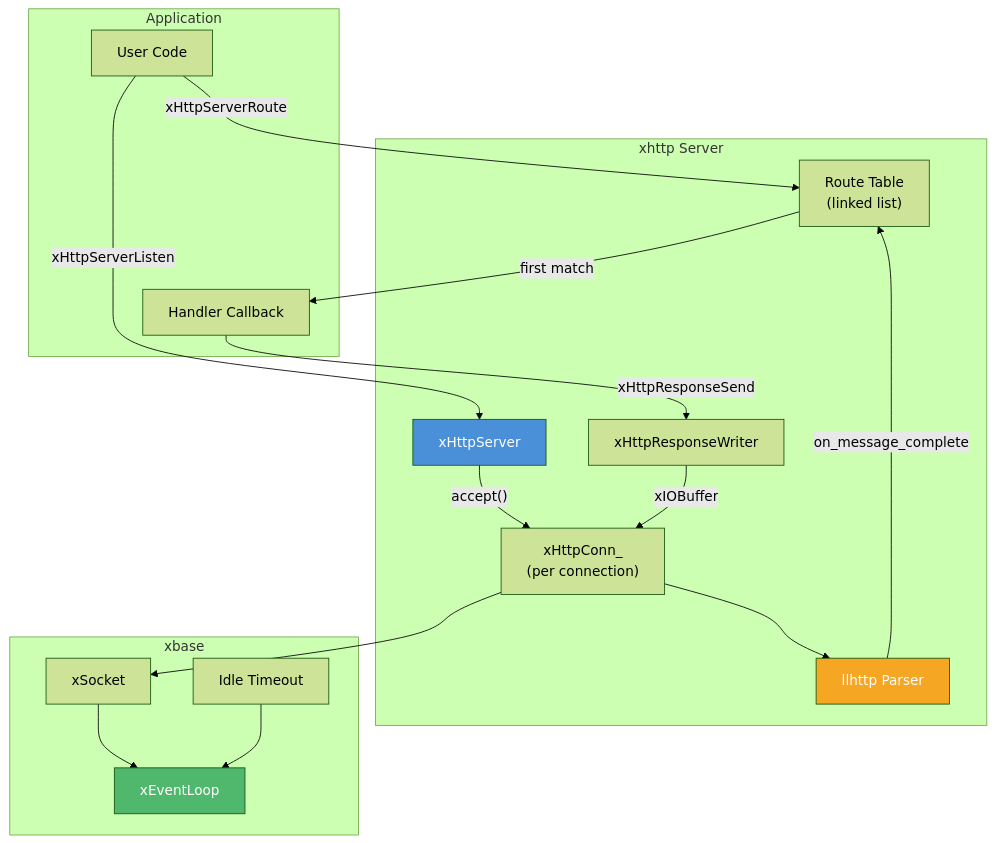
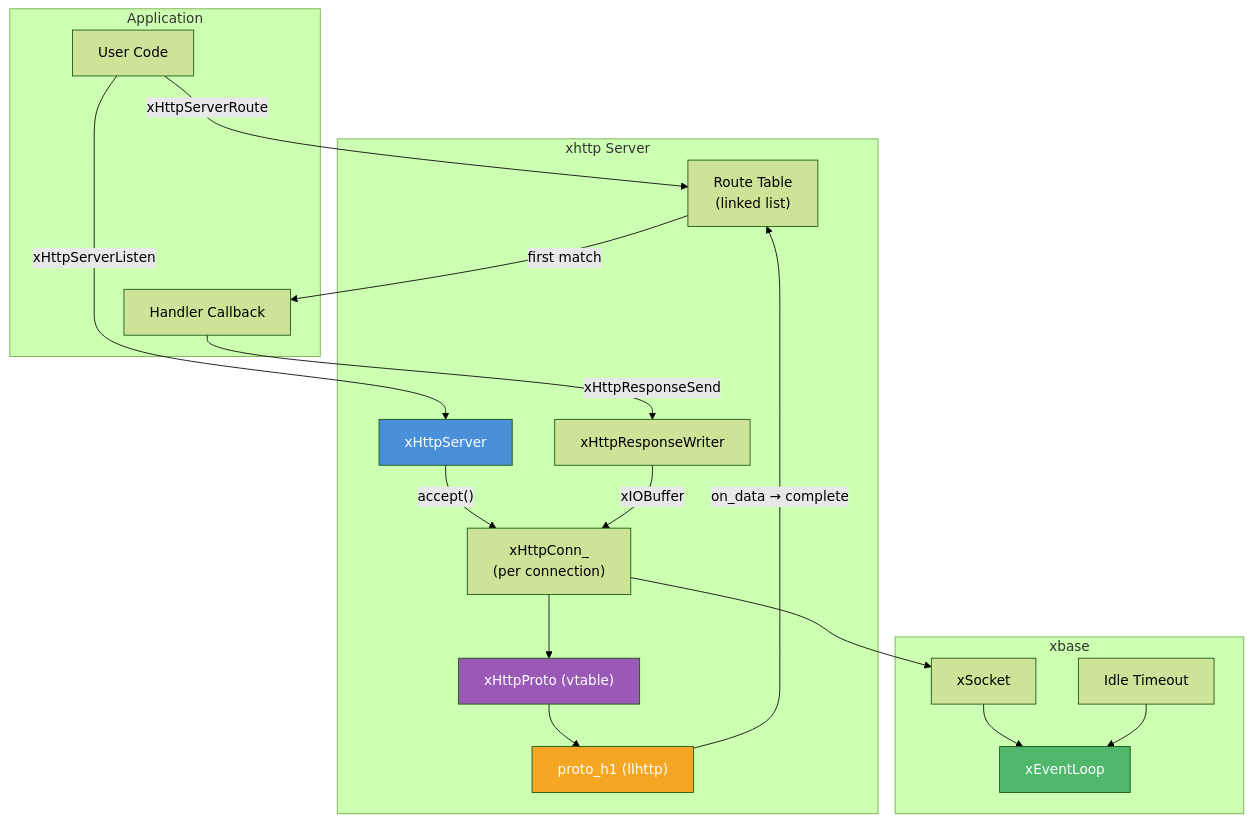
Before and after one commit to mivinci/DownloadKit: the first of 3 diagrams in docs/xhttp/server.md, drawn with Mermaid (forest theme). The commit also changed other lines of this file and 9 other files, not shown here.

First line of the commit message:
feat(xhttp): extract protocol abstraction layer (xHttpProto vtable)

````diff
--- a/docs/xhttp/server.md
+++ b/docs/xhttp/server.md
@@ -24,37 +24,40 @@
 ```mermaid
 graph TD
     subgraph "Application"
         APP["User Code"]
         HANDLER["Handler Callback"]
     end
 
     subgraph "xhttp Server"
         SERVER["xHttpServer"]
         ROUTER["Route Table<br/>(linked list)"]
         CONN["xHttpConn_<br/>(per connection)"]
-        PARSER["llhttp Parser"]
+        PROTO["xHttpProto (vtable)"]
+        PARSER["proto_h1 (llhttp)"]
         WRITER["xHttpResponseWriter"]
     end
 
     subgraph "xbase"
         LOOP["xEventLoop"]
         SOCK["xSocket"]
         TIMER["Idle Timeout"]
     end
 
     APP -->|"xHttpServerRoute"| ROUTER
     APP -->|"xHttpServerListen"| SERVER
     SERVER -->|"accept()"| CONN
-    CONN --> PARSER
-    PARSER -->|"on_message_complete"| ROUTER
+    CONN --> PROTO
+    PROTO --> PARSER
+    PARSER -->|"on_data → complete"| ROUTER
     ROUTER -->|"first match"| HANDLER
     HANDLER -->|"xHttpResponseSend"| WRITER
     WRITER -->|"xIOBuffer"| CONN
     CONN --> SOCK
     SOCK --> LOOP
     TIMER --> LOOP
 
     style SERVER fill:#4a90d9,color:#fff
     style LOOP fill:#50b86c,color:#fff
+    style PROTO fill:#9b59b6,color:#fff
     style PARSER fill:#f5a623,color:#fff
 ```
````
